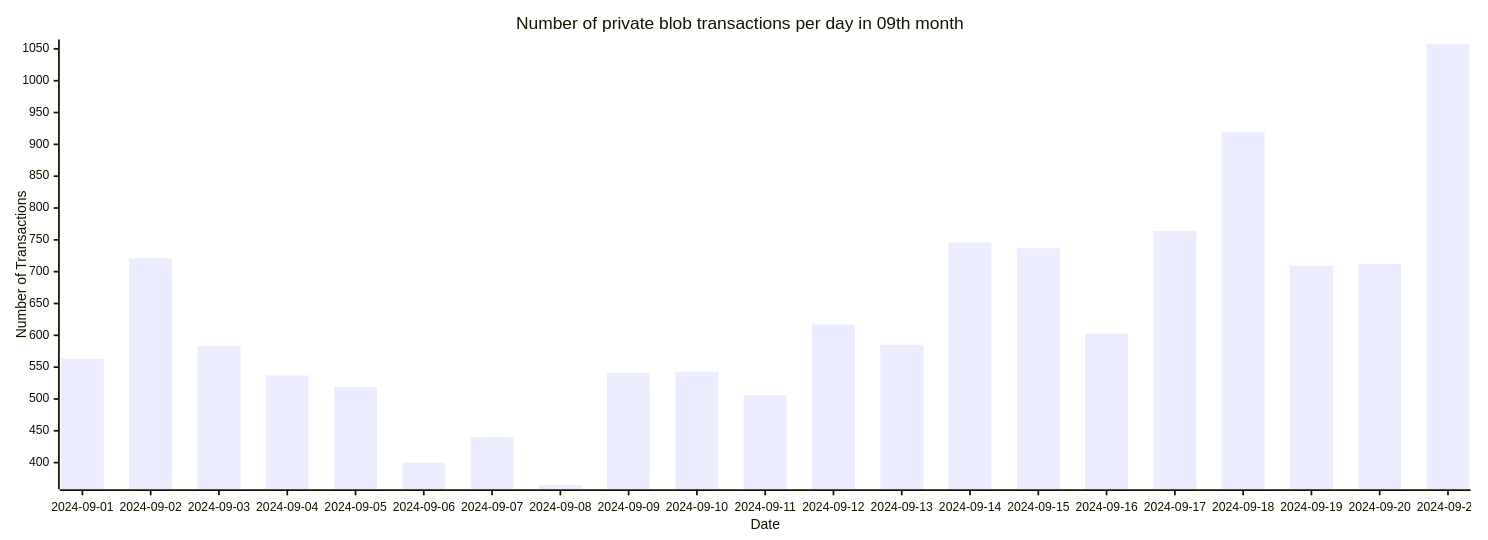
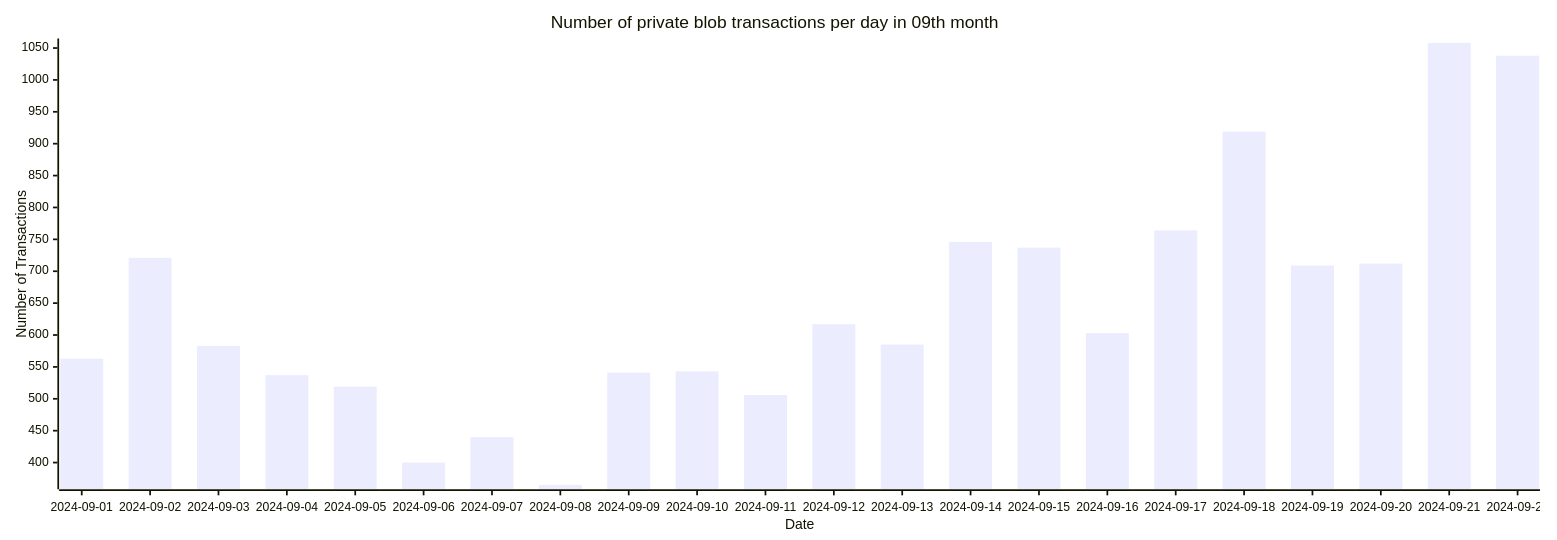
The seventh of 7 diagrams in README.md (Amit0617/eip4844-data), drawn with Mermaid before and after one commit. The commit also changed 1 other file, not shown here.

````diff
--- a/README.md
+++ b/README.md
@@ -79,12 +79,12 @@
 ```mermaid
 ---
 config:
     xyChart:
-        width: 1680
+        width: 1760
         height: 600
 ---
 xychart-beta title "Number of private blob transactions per day in 09th month"
-x-axis "Date" [2024-09-01,2024-09-02,2024-09-03,2024-09-04,2024-09-05,2024-09-06,2024-09-07,2024-09-08,2024-09-09,2024-09-10,2024-09-11,2024-09-12,2024-09-13,2024-09-14,2024-09-15,2024-09-16,2024-09-17,2024-09-18,2024-09-19,2024-09-20,2024-09-21]
+x-axis "Date" [2024-09-01,2024-09-02,2024-09-03,2024-09-04,2024-09-05,2024-09-06,2024-09-07,2024-09-08,2024-09-09,2024-09-10,2024-09-11,2024-09-12,2024-09-13,2024-09-14,2024-09-15,2024-09-16,2024-09-17,2024-09-18,2024-09-19,2024-09-20,2024-09-21,2024-09-22]
 y-axis "Number of Transactions"
-bar[563,721,583,537,519,400,440,365,541,543,506,617,585,746,737,603,764,919,709,712,1058]
+bar[563,721,583,537,519,400,440,365,541,543,506,617,585,746,737,603,764,919,709,712,1058,1038]
 ```
````
